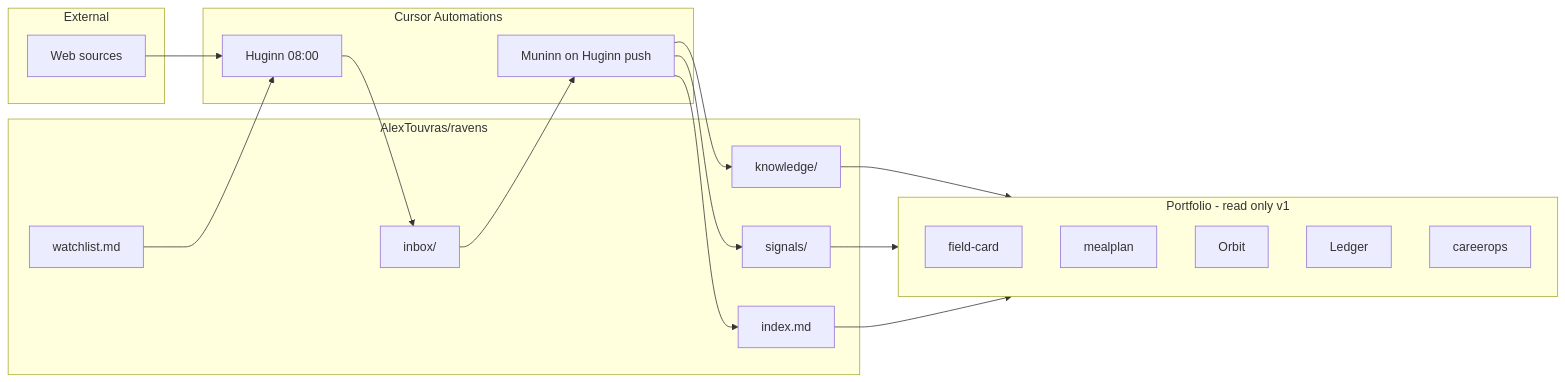
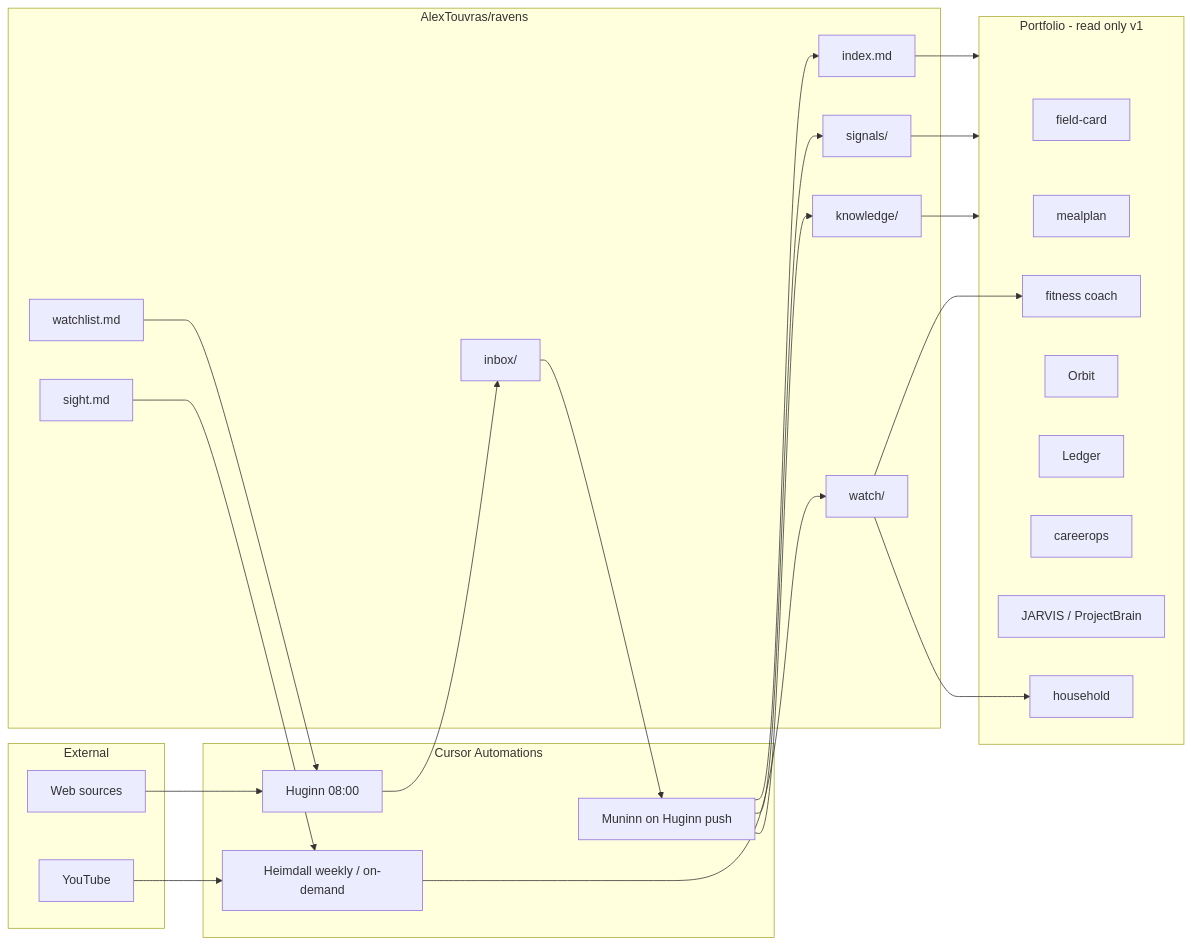
The first of 5 diagrams in docs/architecture/overview.md (AlexTouvras/ravens), drawn with Mermaid before and after one commit. The commit also changed other lines of this file and 16 other files, not shown here.

````diff
--- a/docs/architecture/overview.md
+++ b/docs/architecture/overview.md
@@ -7,38 +7,50 @@
 ```mermaid
 flowchart LR
   subgraph sources [External]
     Web[Web sources]
+    YT[YouTube]
   end
 
   subgraph ravens [AlexTouvras/ravens]
     WL[watchlist.md]
+    Sight[sight.md]
     Inbox[inbox/]
     Know[knowledge/]
     Sig[signals/]
+    Watch[watch/]
     Idx[index.md]
   end
 
   subgraph agents [Cursor Automations]
     H[Huginn 08:00]
     M[Muninn on Huginn push]
+    D[Heimdall weekly / on-demand]
   end
 
   subgraph consumers [Portfolio - read only v1]
     FC[field-card]
     MP[mealplan]
+    FT[fitness coach]
     OR[Orbit]
     LD[Ledger]
     CO[careerops]
+    JV[JARVIS / ProjectBrain]
+    HH[household]
   end
 
   WL --> H
   Web --> H
   H --> Inbox
   Inbox --> M
   M --> Know
   M --> Sig
   M --> Idx
+  Sight --> D
+  YT --> D
+  D --> Watch
   Know --> consumers
   Sig --> consumers
+  Watch --> FT
+  Watch --> HH
   Idx --> consumers
 ```
````
